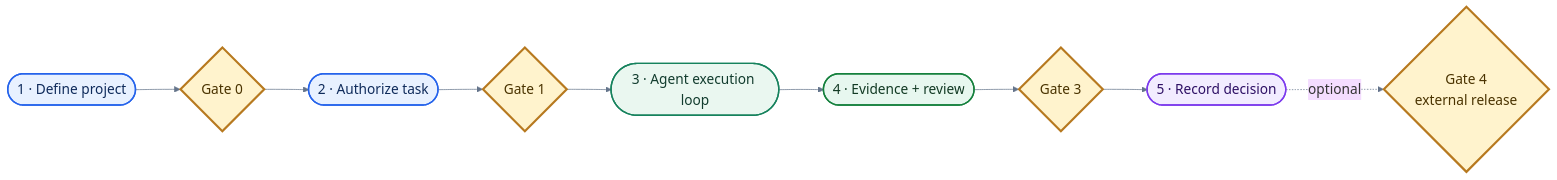
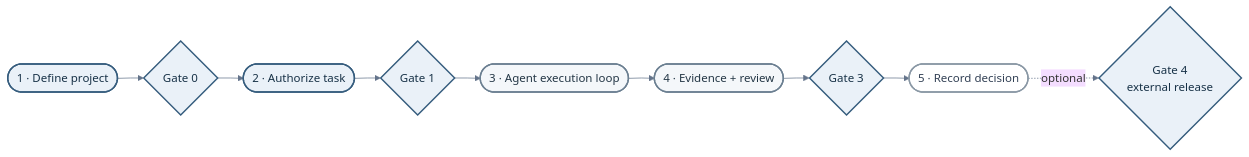
The first of 8 diagrams in workflow/PROCESS_MAP.md (Jhziiiig/research-agent-template), drawn with Mermaid before and after one commit. The commit also changed other lines of this file and 2 other files, not shown here.

````diff
--- a/workflow/PROCESS_MAP.md
+++ b/workflow/PROCESS_MAP.md
@@ -24,17 +24,17 @@
 ```mermaid
-%%{init: {"theme":"base","themeVariables":{"fontFamily":"Arial, sans-serif","fontSize":"19px","lineColor":"#64748B"},"flowchart":{"curve":"basis","nodeSpacing":50,"rankSpacing":62,"htmlLabels":true}}}%%
+%%{init: {"theme":"base","themeVariables":{"fontFamily":"Arial, sans-serif","fontSize":"16px","lineColor":"#64748B"},"flowchart":{"curve":"linear","nodeSpacing":24,"rankSpacing":36,"htmlLabels":true}}}%%
 flowchart LR
     P0([1 · Define project]):::human --> P1{Gate 0}:::gate
     P1 --> P2([2 · Authorize task]):::human --> P3{Gate 1}:::gate
     P3 --> P4([3 · Agent execution loop]):::agent
     P4 --> P5([4 · Evidence + review]):::evidence
     P5 --> P6{Gate 3}:::gate
     P6 --> P7([5 · Record decision]):::file
     P7 -. optional .-> P8{Gate 4<br/>external release}:::gate
 
-    classDef human fill:#E8F1FF,stroke:#2563EB,color:#0F2B5B,stroke-width:2px;
-    classDef gate fill:#FFF3CD,stroke:#B7791F,color:#4A3300,stroke-width:3px;
-    classDef agent fill:#EAF7F0,stroke:#16825D,color:#123C2E,stroke-width:2px;
-    classDef evidence fill:#E7F7EF,stroke:#15803D,color:#123A24,stroke-width:2px;
-    classDef file fill:#F2ECFF,stroke:#7C3AED,color:#2E1065,stroke-width:2px;
+    classDef human fill:#EAF1F8,stroke:#355C7D,color:#183247,stroke-width:2px;
+    classDef gate fill:#EAF1F8,stroke:#355C7D,color:#183247,stroke-width:2px;
+    classDef agent fill:#F4F7FA,stroke:#6B7F91,color:#243746,stroke-width:2px;
+    classDef evidence fill:#F4F7FA,stroke:#6B7F91,color:#243746,stroke-width:2px;
+    classDef file fill:#FFFFFF,stroke:#8A98A5,color:#334155,stroke-width:2px;
 ```
````
